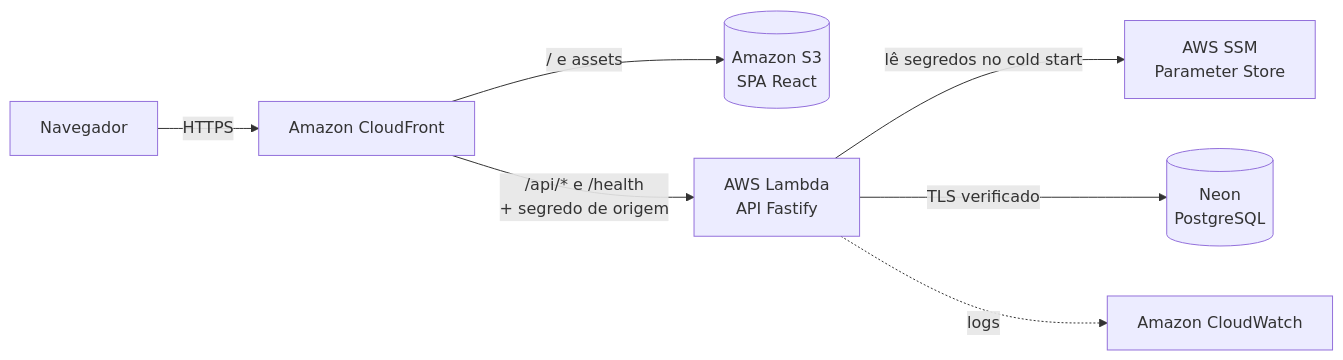
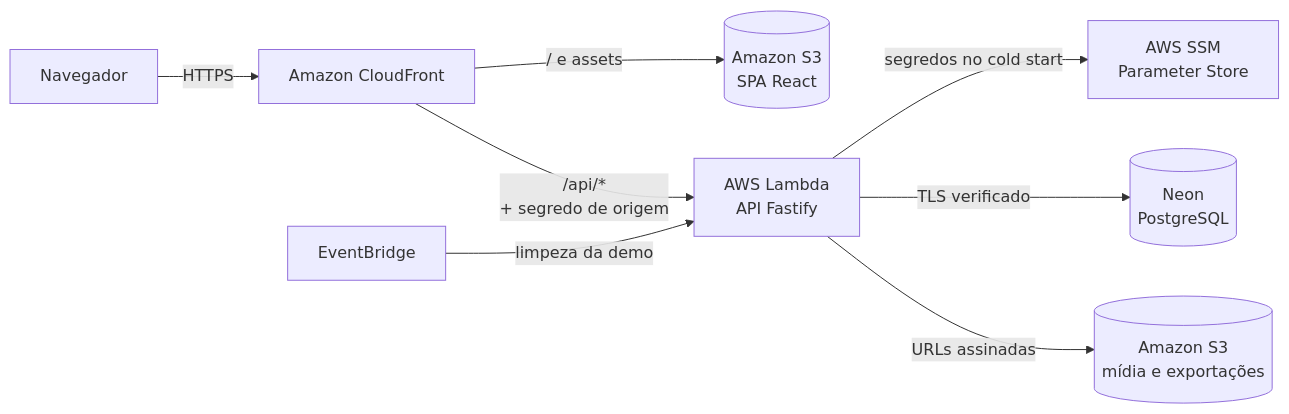
One commit to joaolaureano/memorization changed the diagram in README.pt-BR.md. Above: the diagram before and after it, drawn with Mermaid. The commit also changed other lines of this file and 1 other file, not shown here.

Commit message:
docs: trim both READMEs to features, stack and architecture

````diff
--- a/README.pt-BR.md
+++ b/README.pt-BR.md
@@ -94,9 +57,10 @@
 ```mermaid
 flowchart LR
     U[Navegador] -->|HTTPS| CF[Amazon CloudFront]
     CF -->|/ e assets| S3[(Amazon S3<br/>SPA React)]
-    CF -->|/api/* e /health<br/>+ segredo de origem| L[AWS Lambda<br/>API Fastify]
-    L -->|lê segredos no cold start| SSM[AWS SSM<br/>Parameter Store]
+    CF -->|/api/*<br/>+ segredo de origem| L[AWS Lambda<br/>API Fastify]
+    L -->|segredos no cold start| SSM[AWS SSM<br/>Parameter Store]
     L -->|TLS verificado| DB[(Neon<br/>PostgreSQL)]
-    L -.->|logs| CW[Amazon CloudWatch]
+    L -->|URLs assinadas| M[(Amazon S3<br/>mídia e exportações)]
+    EB[EventBridge] -->|limpeza da demo| L
 ```
````
